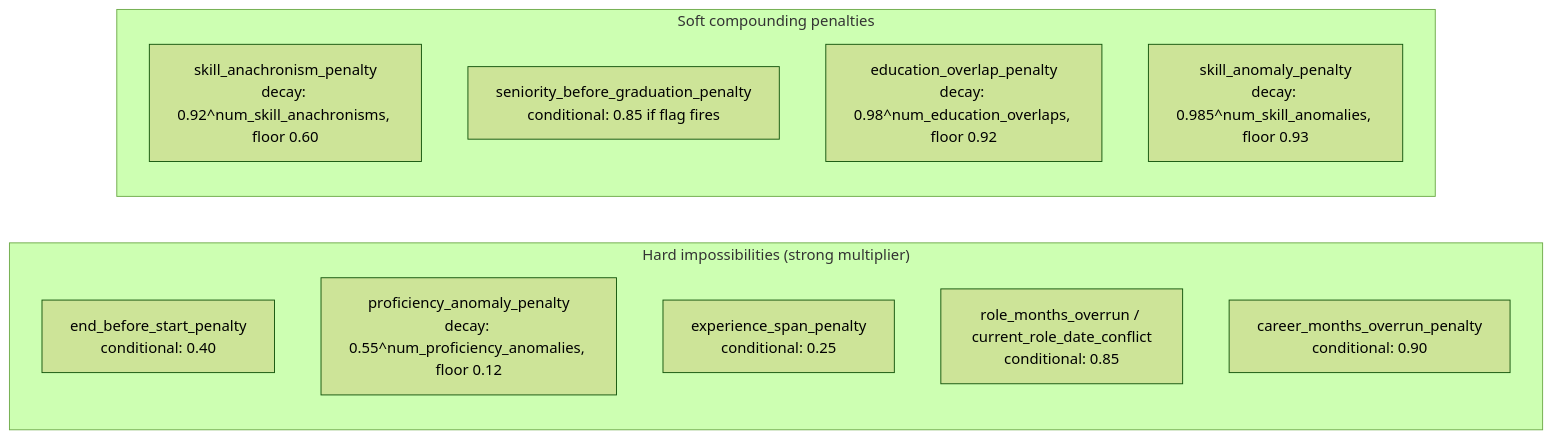
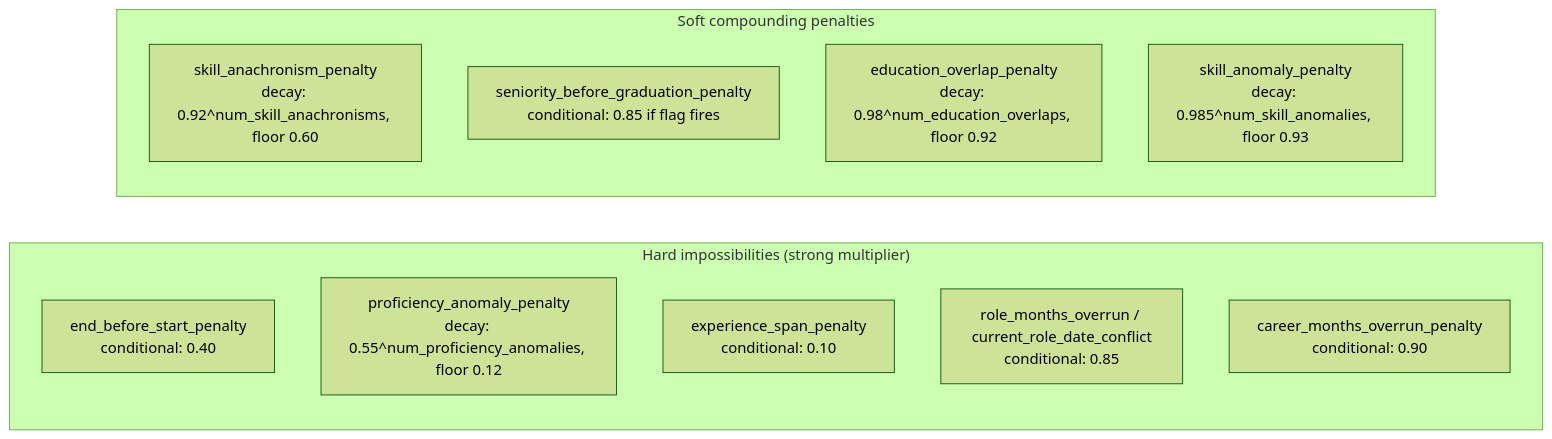
Before and after one commit to ankitkr-04/candidate-ranker-v2: the second of 2 diagrams in docs/integrity.md, drawn with Mermaid (forest theme). The commit also changed other lines of this file, not shown here.

Commit message:
Update experience span penalty value from 0.25 to 0.10 in integrity configuration

````diff
--- a/docs/integrity.md
+++ b/docs/integrity.md
@@ -161,17 +161,17 @@
 ```mermaid
 graph LR
     subgraph "Hard impossibilities (strong multiplier)"
         H1["end_before_start_penalty\nconditional: 0.40"]
         H2["proficiency_anomaly_penalty\ndecay: 0.55^num_proficiency_anomalies, floor 0.12"]
-        H3["experience_span_penalty\nconditional: 0.25"]
+        H3["experience_span_penalty\nconditional: 0.10"]
         H4["role_months_overrun / current_role_date_conflict\nconditional: 0.85"]
         H5["career_months_overrun_penalty\nconditional: 0.90"]
     end
 
     subgraph "Soft compounding penalties"
         P1["skill_anachronism_penalty\ndecay: 0.92^num_skill_anachronisms, floor 0.60"]
         P2["seniority_before_graduation_penalty\nconditional: 0.85 if flag fires"]
         P3["education_overlap_penalty\ndecay: 0.98^num_education_overlaps, floor 0.92"]
         P4["skill_anomaly_penalty\ndecay: 0.985^num_skill_anomalies, floor 0.93"]
     end
 ```
````
